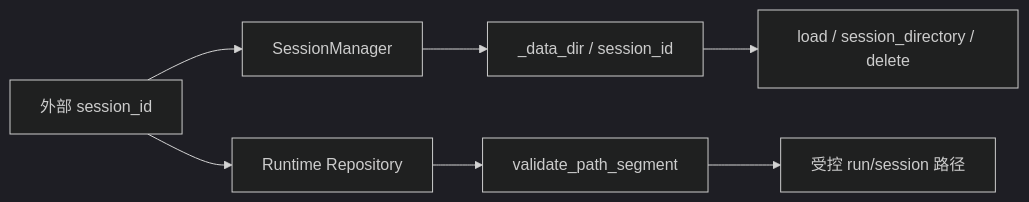
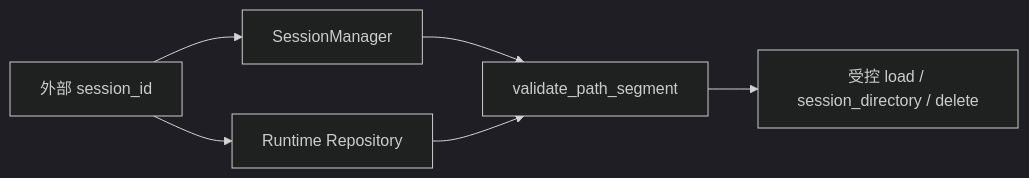
One commit to aandbcct/dotClaw changed diagram 20 of 22 in docs/wiki/Session 模块总体说明.md. Above: the diagram before and after it, drawn with Mermaid (dark theme). The commit also changed other lines of this file and 6 other files, not shown here.

````diff
--- a/docs/wiki/Session 模块总体说明.md
+++ b/docs/wiki/Session 模块总体说明.md
@@ -1916,9 +1914,8 @@
 ```mermaid
 flowchart LR
     Input["外部 session_id"] --> Manager["SessionManager"]
-    Manager --> Join["_data_dir / session_id"]
-    Join --> Load["load / session_directory / delete"]
+    Manager --> Validate["validate_path_segment"]
+    Validate --> Safe["受控 load / session_directory / delete"]
     Input --> Runtime["Runtime Repository"]
-    Runtime --> Validate["validate_path_segment"]
-    Validate --> Safe["受控 run/session 路径"]
+    Runtime --> Validate
 ```
````
